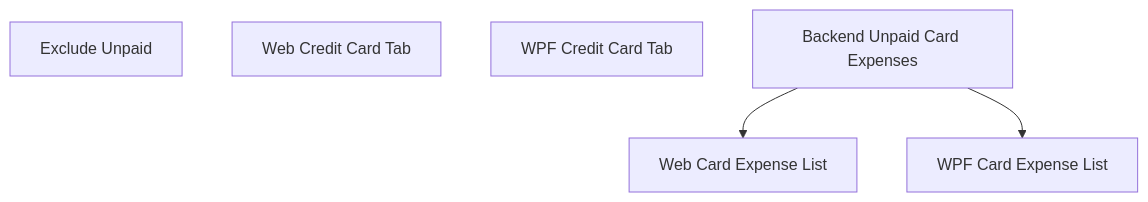
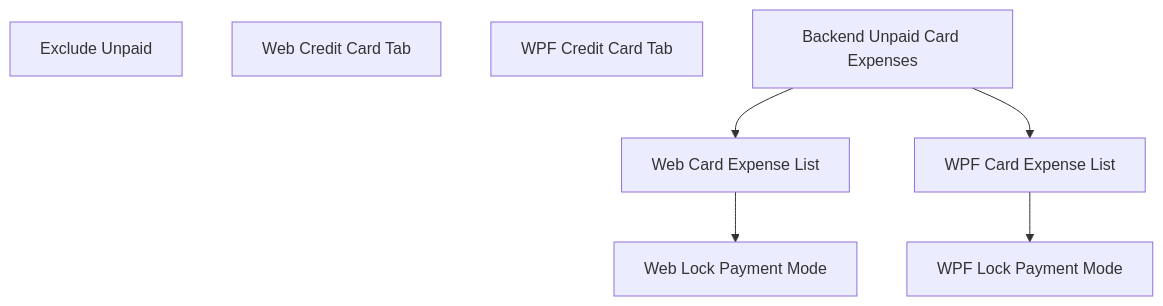
One commit to ggibellato/Financial changed the diagram in docs/prd/P24-prd-credit-card-tab/prd-credit-card-tab.md. Above: the diagram before and after it, drawn with Mermaid. The commit also changed other lines of this file and 8 other files, not shown here.

First line of the commit message:
feat(P24-F07): lock Web payment mode by tab context (#337)

````diff
--- a/docs/prd/P24-prd-credit-card-tab/prd-credit-card-tab.md
+++ b/docs/prd/P24-prd-credit-card-tab/prd-credit-card-tab.md
@@ -205,9 +245,11 @@
 ```mermaid
 graph TD
   F01[Exclude Unpaid]
   F02[Web Credit Card Tab]
   F03[WPF Credit Card Tab]
   F04[Backend Unpaid Card Expenses]
   F04 --> F05[Web Card Expense List]
   F04 --> F06[WPF Card Expense List]
+  F05 --> F07[Web Lock Payment Mode]
+  F06 --> F08[WPF Lock Payment Mode]
 ```
````
